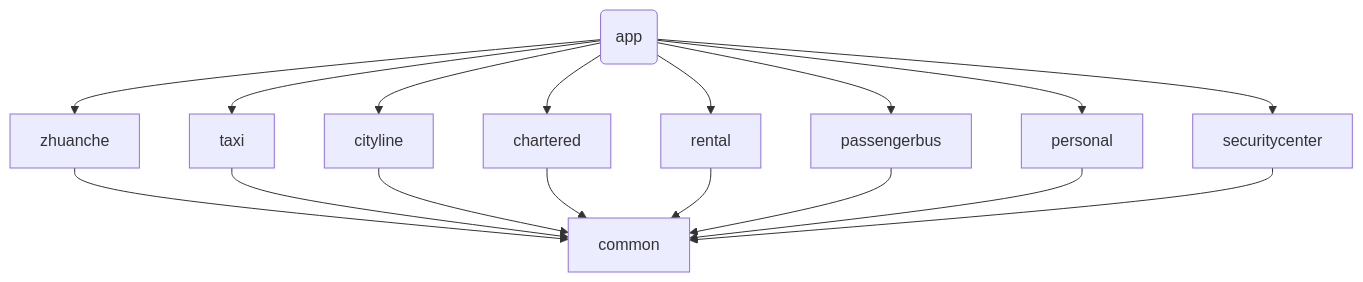
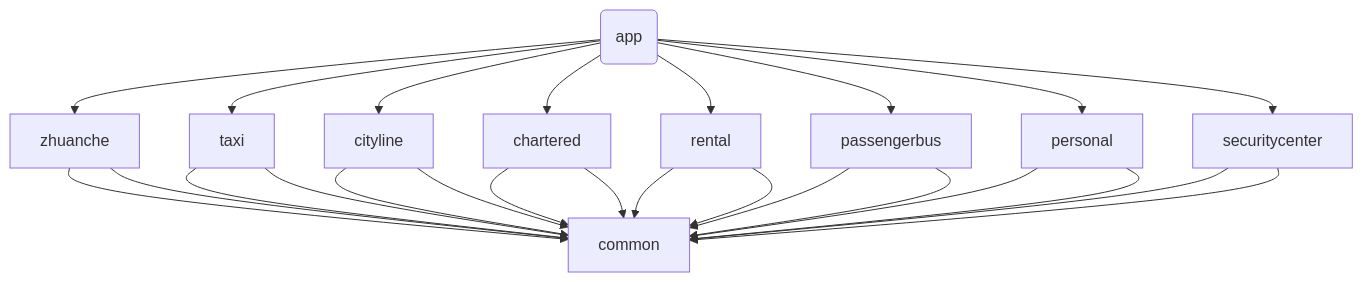
One commit to moutainhigh/driver changed the diagram in README.md. Above: the diagram before and after it, drawn with Mermaid.

````diff
--- a/README.md
+++ b/README.md
@@ -21,12 +21,19 @@
 ```mermaid
    graph TD
       id4(app) --> zhuanche --> common
       id4(app) --> taxi --> common
       id4(app) --> cityline --> common
       id4(app) --> chartered --> common
       id4(app) --> rental --> common
       id4(app) --> passengerbus --> common
       id4(app) --> personal --> common
       id4(app) --> securitycenter --> common
-      
+      zhuanche --> common
+      taxi --> common
+      cityline --> common
+      chartered --> common
+      rental --> common
+      passengerbus --> common
+      personal --> common
+      securitycenter --> common
 ```
````
